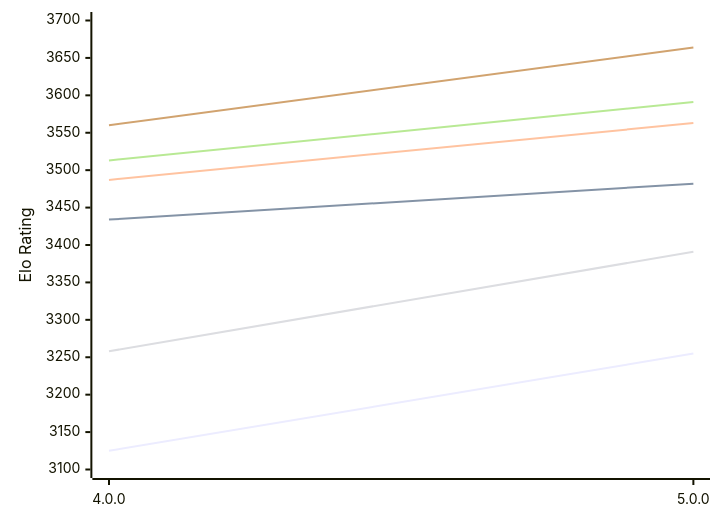
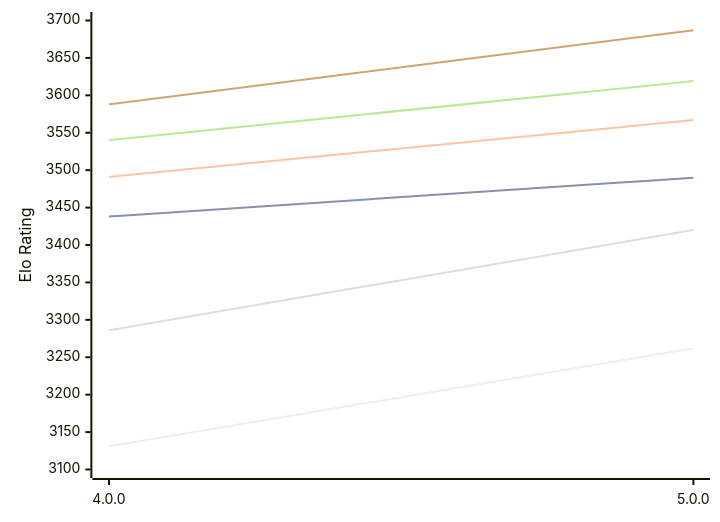
Before and after one commit to computer-chess-index/cci: the first of 2 diagrams in engines/Avalanche.md, drawn with Mermaid. The commit also changed other lines of this file, not shown here.

Commit message:
Update CCI Ratings (ELO VLTC) - 2026-10-21

````diff
--- a/engines/Avalanche.md
+++ b/engines/Avalanche.md
@@ -50,12 +50,12 @@
 ```mermaid
 %%{init: {"theme":"base","themeVariables":{"seriesColors:['#a3a3a3','#222221','#faa371']}}}%%
 xychart-beta
   x-axis ["4.0.0", "5.0.0"]
   y-axis "Elo Rating" 3100 --> 3700
-  line "E1: STC (8.0+0.08s)" [3125, 3255]
-  line "E1: LTC (60.0+0.60s)" [3434, 3482]
-  line "E1: VLTC (2m24s+1.12s)" [3487, 3563]
-  line "P1: STC (8.0+0.08s)" [3258, 3391]
-  line "P1: LTC (60.0+0.60s)" [3513, 3591]
-  line "P1: VLTC (2m24s+1.12s)" [3560, 3664]
+  line "E1: STC (8.0+0.08s)" [3131, 3262]
+  line "E1: LTC (60.0+0.60s)" [3438, 3490]
+  line "E1: VLTC (2m24s+1.12s)" [3491, 3567]
+  line "P1: STC (8.0+0.08s)" [3286, 3420]
+  line "P1: LTC (60.0+0.60s)" [3540, 3619]
+  line "P1: VLTC (2m24s+1.12s)" [3588, 3687]
 ```
````
